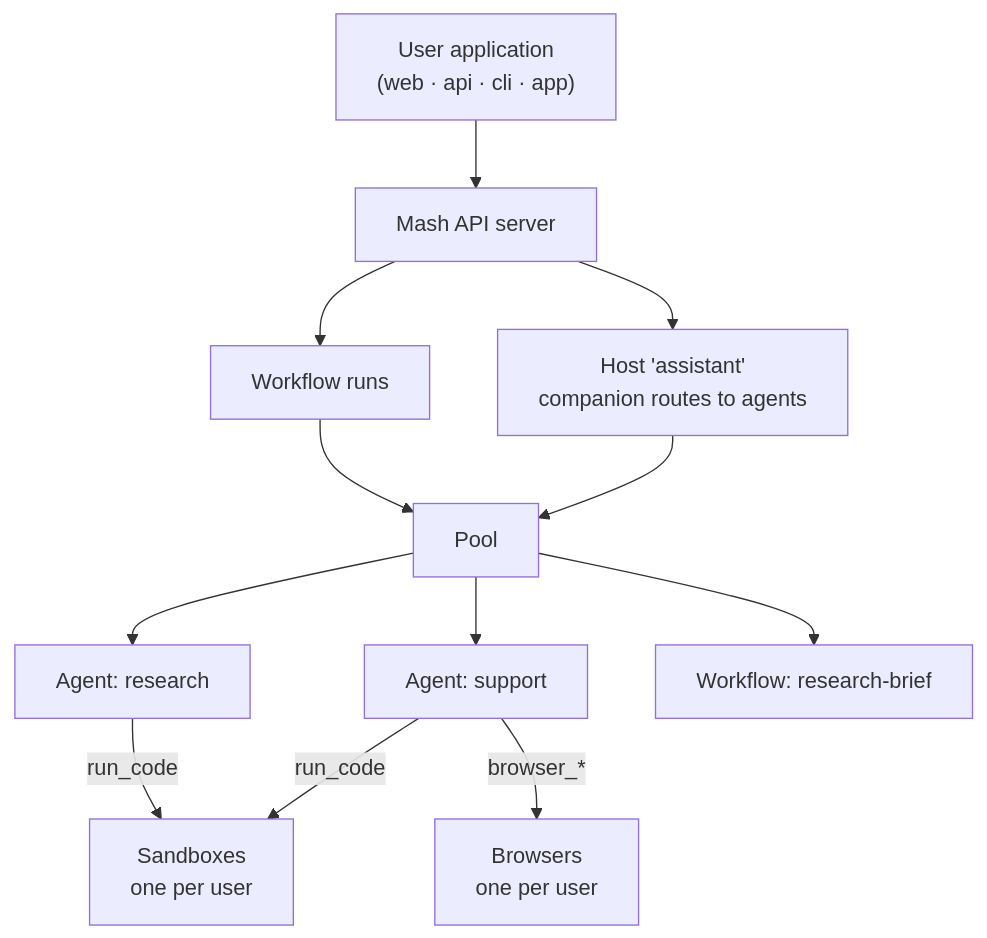
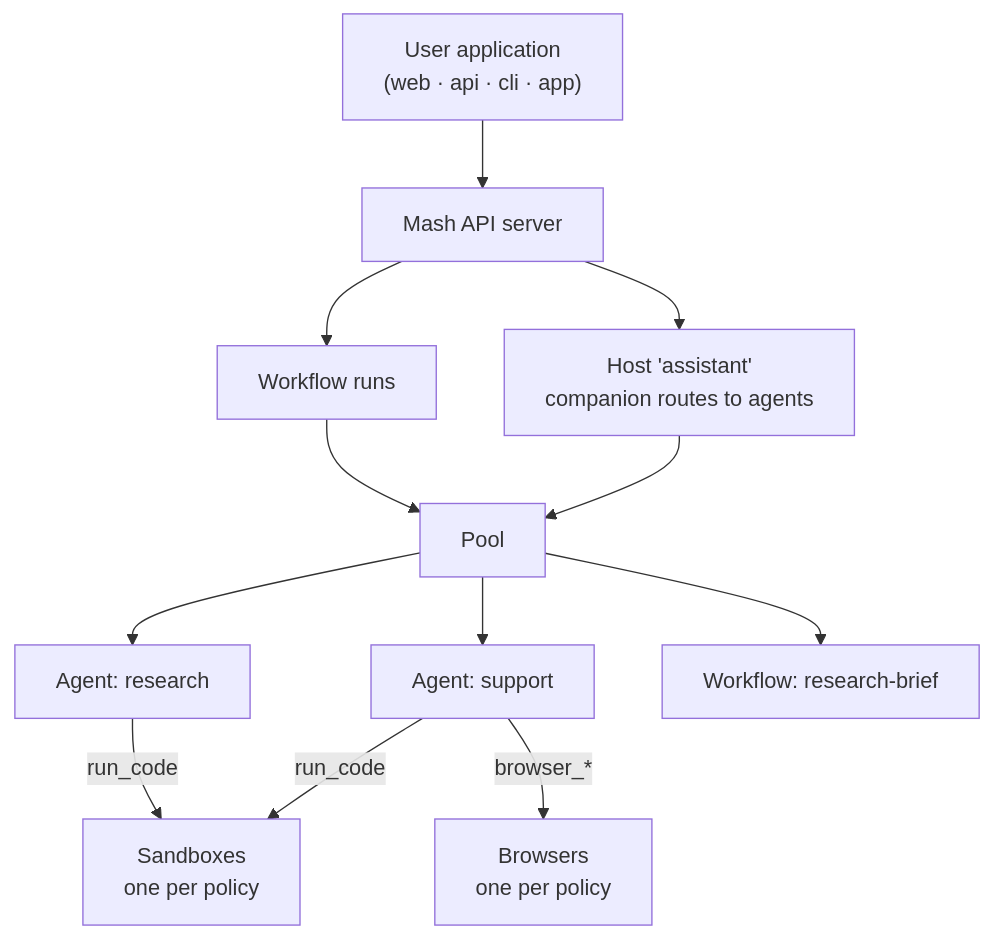
Before and after one commit to imsid/mashpy: the diagram in docs/posts/product-brief.md, drawn with Mermaid. The commit also changed other lines of this file and 271 other files, not shown here.

````diff
--- a/docs/posts/product-brief.md
+++ b/docs/posts/product-brief.md
@@ -183,14 +189,14 @@
 ```mermaid
 flowchart TD
     U["User application<br/>(web · api · cli · app)"] --> API["Mash API server"]
     API --> HO["Host 'assistant'<br/>companion routes to agents"]
     API --> WF["Workflow runs"]
     HO --> P["Pool"]
     WF --> P
     P --> A1["Agent: support"]
     P --> A2["Agent: research"]
     P --> W1["Workflow: research-brief"]
-    A1 -- "run_code" --> S["Sandboxes<br/>one per user"]
+    A1 -- "run_code" --> S["Sandboxes<br/>one per policy"]
     A2 -- "run_code" --> S
-    A1 -- "browser_*" --> B["Browsers<br/>one per user"]
+    A1 -- "browser_*" --> B["Browsers<br/>one per policy"]
 ```
````
